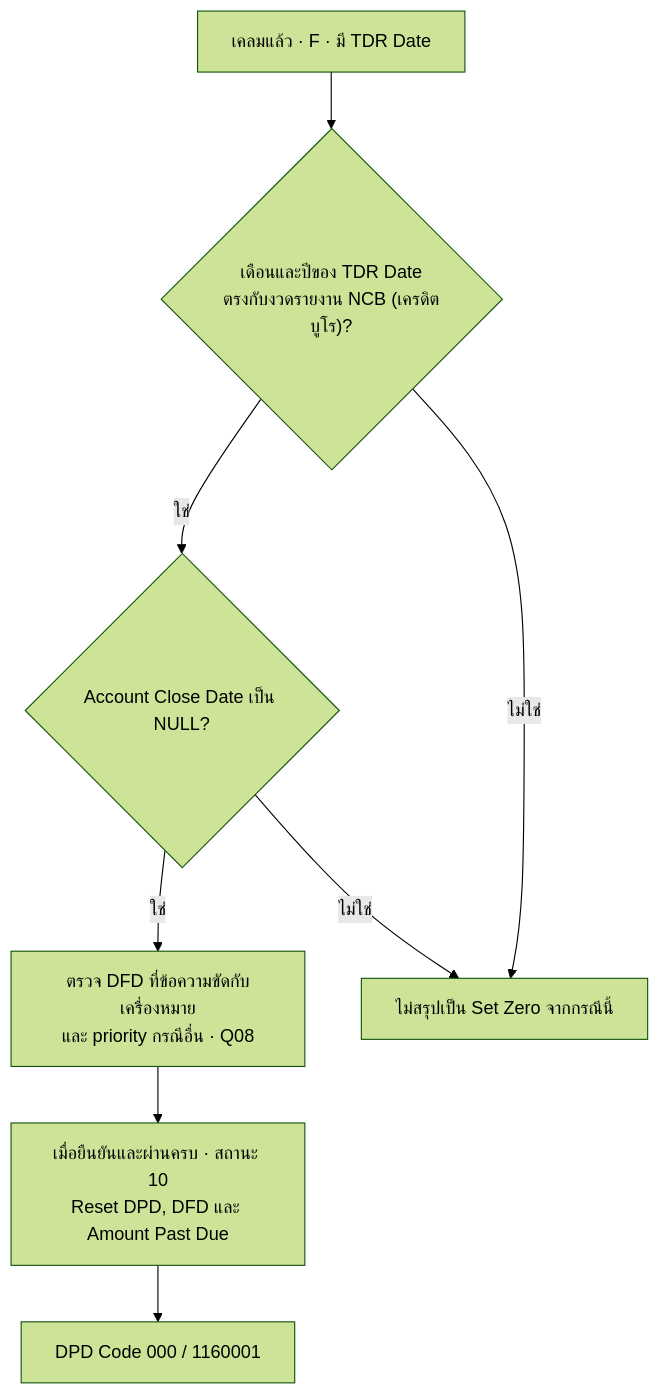
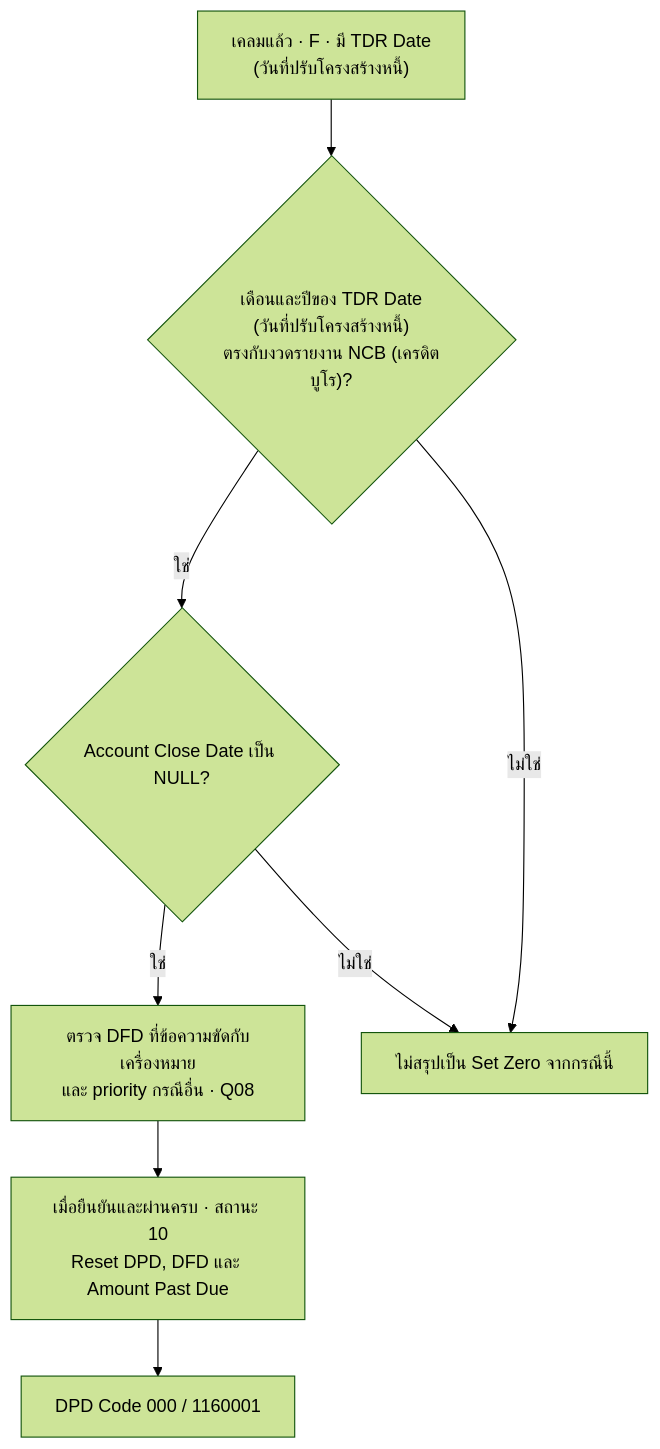
The fifth of 10 diagrams in app/account-status/page.mdx (yukasung/eodncb), drawn with Mermaid (forest theme) before and after one commit. The commit also changed other lines of this file and 14 other files, not shown here.

````diff
--- a/app/account-status/page.mdx
+++ b/app/account-status/page.mdx
@@ -196,10 +196,10 @@
 ```mermaid
 flowchart TD
-    A[เคลมแล้ว · F · มี TDR Date] --> B{"เดือนและปีของ TDR Date<br/>ตรงกับงวดรายงาน NCB (เครดิตบูโร)?"}
+    A["เคลมแล้ว · F · มี TDR Date<br/>(วันที่ปรับโครงสร้างหนี้)"] --> B{"เดือนและปีของ TDR Date<br/>(วันที่ปรับโครงสร้างหนี้)<br/>ตรงกับงวดรายงาน NCB (เครดิตบูโร)?"}
     B -->|ใช่| C{Account Close Date เป็น NULL?}
     C -->|ใช่| D[ตรวจ DFD ที่ข้อความขัดกับเครื่องหมาย<br/>และ priority กรณีอื่น · Q08]
     D --> E[เมื่อยืนยันและผ่านครบ · สถานะ 10<br/>Reset DPD, DFD และ Amount Past Due]
     E --> F[DPD Code 000 / 1160001]
     B -->|ไม่ใช่| X[ไม่สรุปเป็น Set Zero จากกรณีนี้]
     C -->|ไม่ใช่| X
 ```
````
